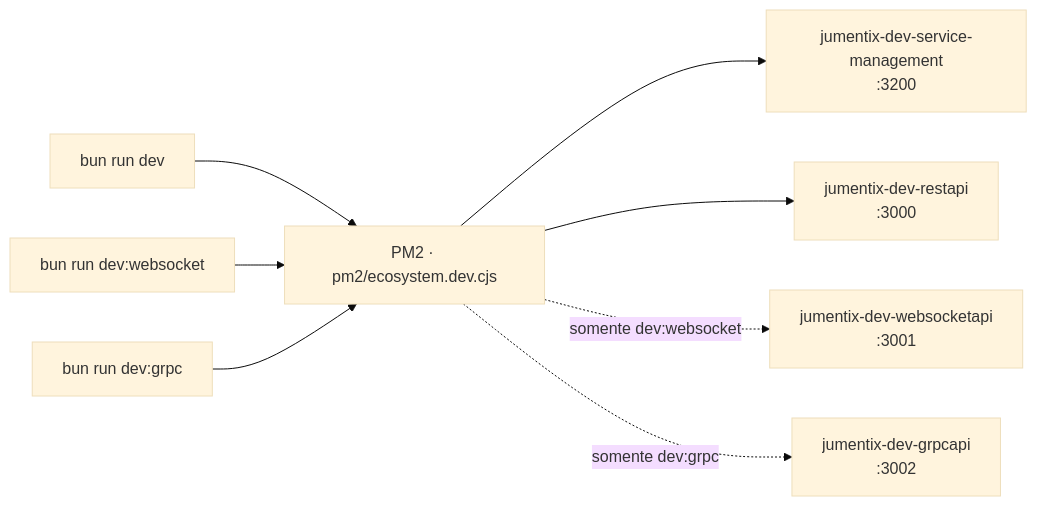
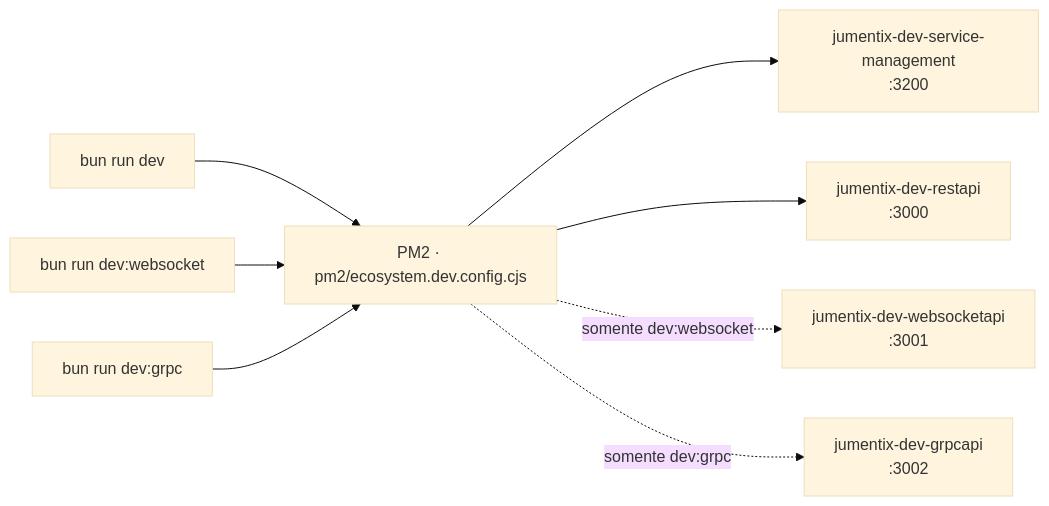
Before and after one commit to web2solutions/Jumentix: the second of 6 diagrams in apps/jumentix-website/content/pt-BR/jumentix/guides/service-management.mdx, drawn with Mermaid (base theme). The commit also changed other lines of this file and 40 other files, not shown here.

Commit message:
fix(service-management): repair pm2 lifecycle, self-guard, stable help, richer charts (JUM-770)

````diff
--- a/apps/jumentix-website/content/pt-BR/jumentix/guides/service-management.mdx
+++ b/apps/jumentix-website/content/pt-BR/jumentix/guides/service-management.mdx
@@ -148,10 +148,10 @@
 ```mermaid
 flowchart LR
-  CMD["bun run dev"] --> PM2["PM2 · pm2/ecosystem.dev.cjs"]
+  CMD["bun run dev"] --> PM2["PM2 · pm2/ecosystem.dev.config.cjs"]
   WS["bun run dev:websocket"] --> PM2
   GRPC["bun run dev:grpc"] --> PM2
   PM2 --> SM["jumentix-dev-service-management<br/>:3200"]
   PM2 --> REST["jumentix-dev-restapi<br/>:3000"]
   PM2 -.->|somente dev:websocket| WSP["jumentix-dev-websocketapi<br/>:3001"]
   PM2 -.->|somente dev:grpc| GP["jumentix-dev-grpcapi<br/>:3002"]
 ```
````
